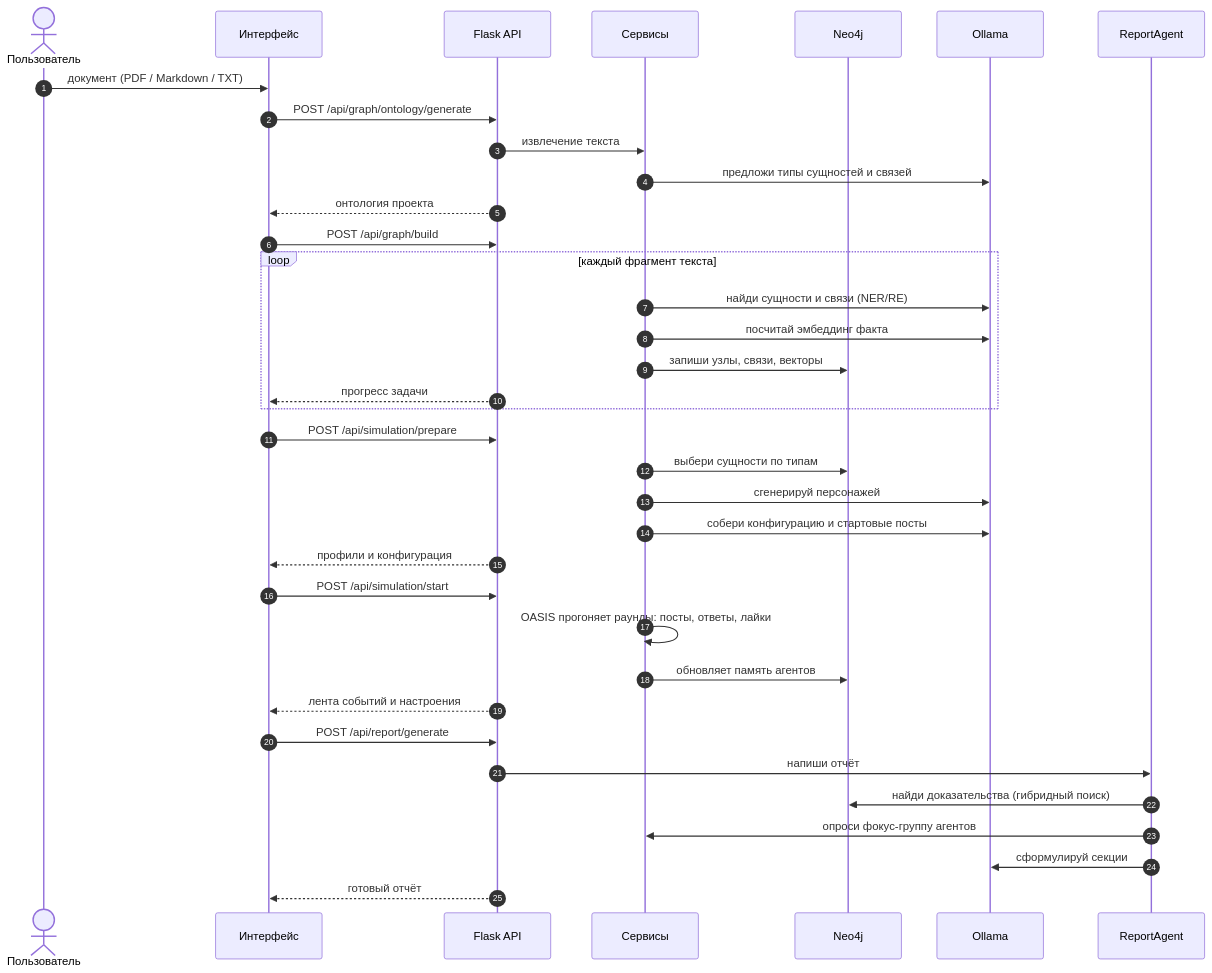
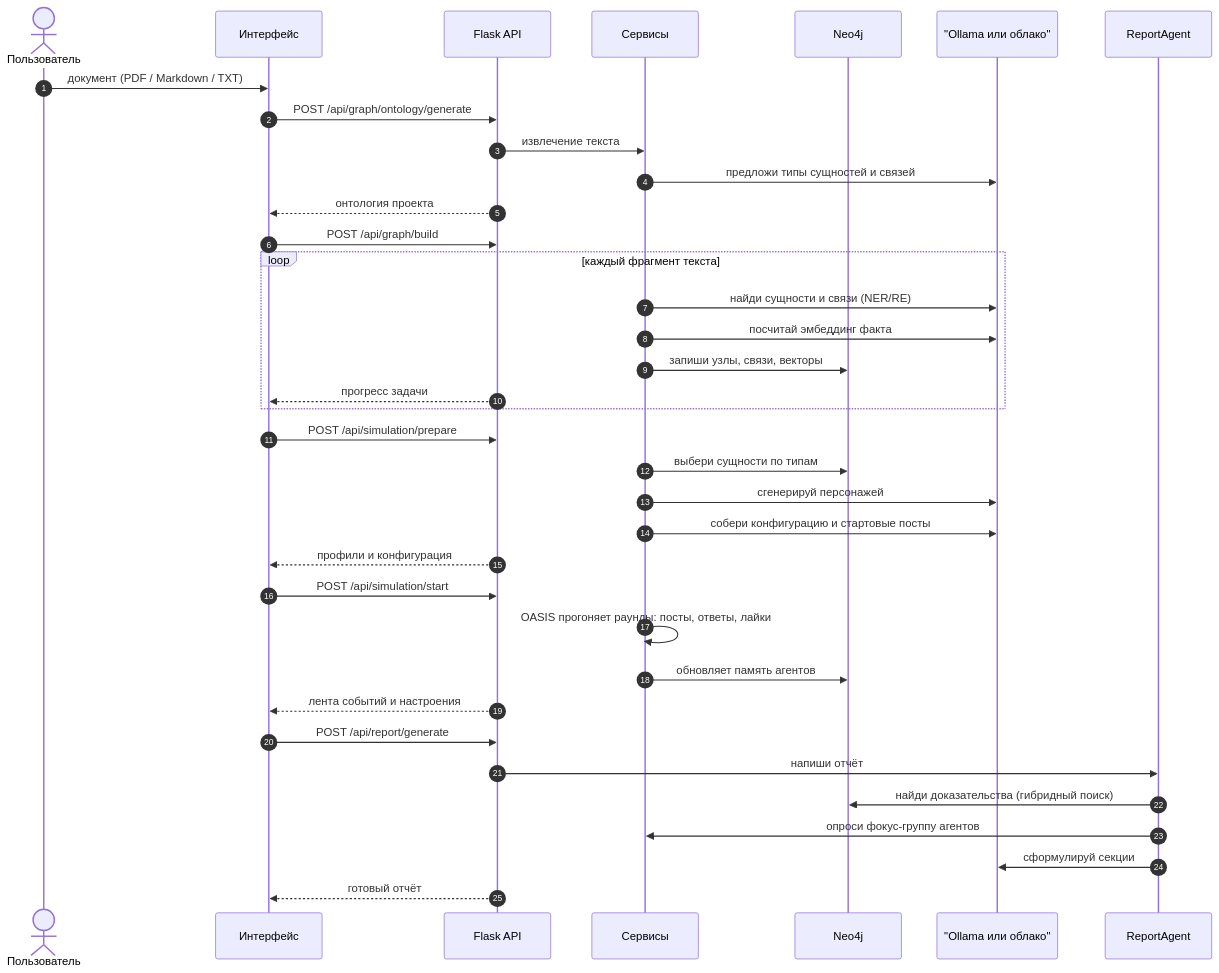
The second of 3 diagrams in docs/ARCHITECTURE.md (Osmosy/vector-ray), drawn with Mermaid before and after one commit. The commit also changed other lines of this file and 4 other files, not shown here.

````diff
--- a/docs/ARCHITECTURE.md
+++ b/docs/ARCHITECTURE.md
@@ -37,43 +37,43 @@
 ```mermaid
 sequenceDiagram
     autonumber
     actor U as Пользователь
     participant UI as Интерфейс
     participant API as Flask API
     participant S as Сервисы
     participant N as Neo4j
-    participant L as Ollama
+    participant L as "Ollama или облако"
     participant R as ReportAgent
 
     U->>UI: документ (PDF / Markdown / TXT)
     UI->>API: POST /api/graph/ontology/generate
     API->>S: извлечение текста
     S->>L: предложи типы сущностей и связей
     API-->>UI: онтология проекта
 
     UI->>API: POST /api/graph/build
     loop каждый фрагмент текста
         S->>L: найди сущности и связи (NER/RE)
         S->>L: посчитай эмбеддинг факта
         S->>N: запиши узлы, связи, векторы
         API-->>UI: прогресс задачи
     end
 
     UI->>API: POST /api/simulation/prepare
     S->>N: выбери сущности по типам
     S->>L: сгенерируй персонажей
     S->>L: собери конфигурацию и стартовые посты
     API-->>UI: профили и конфигурация
 
     UI->>API: POST /api/simulation/start
     S->>S: OASIS прогоняет раунды: посты, ответы, лайки
     S->>N: обновляет память агентов
     API-->>UI: лента событий и настроения
 
     UI->>API: POST /api/report/generate
     API->>R: напиши отчёт
     R->>N: найди доказательства (гибридный поиск)
     R->>S: опроси фокус-группу агентов
     R->>L: сформулируй секции
     API-->>UI: готовый отчёт
 ```
````
